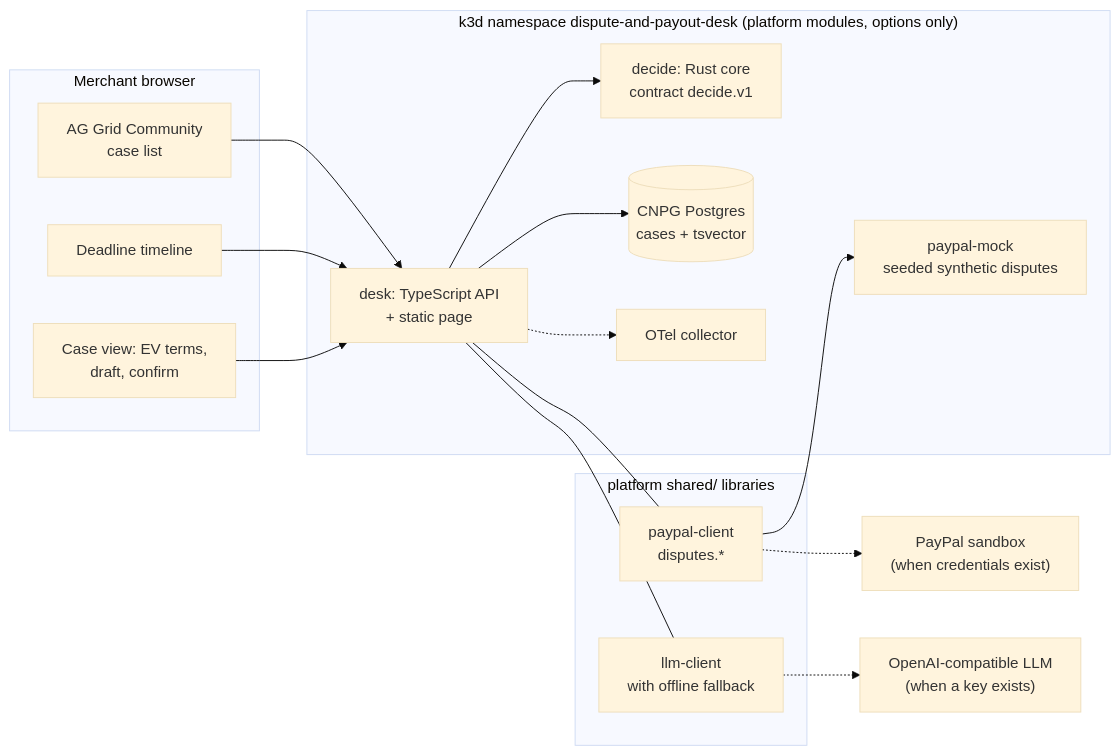
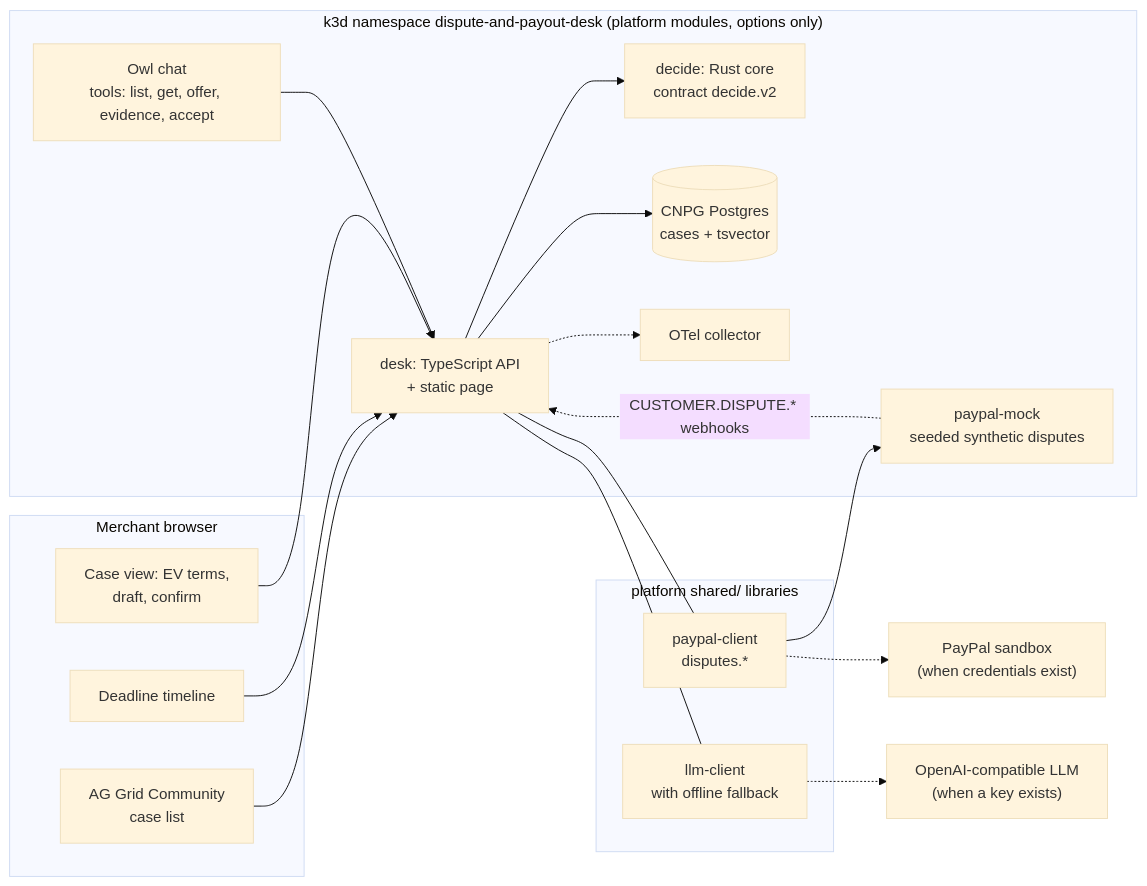
The first of 2 diagrams in README.md (Ikigai-Dynamics/paypal-2026-dispute-and-payout-desk), drawn with Mermaid (base theme) before and after one commit. The commit also changed other lines of this file and 7 other files, not shown here.

````diff
--- a/README.md
+++ b/README.md
@@ -53,32 +96,35 @@
 ```mermaid
 flowchart LR
   subgraph Browser["Merchant browser"]
     GRID["AG Grid Community<br/>case list"]
     TL["Deadline timeline"]
     CASE["Case view: EV terms,<br/>draft, confirm"]
   end
   subgraph NS["k3d namespace dispute-and-payout-desk (platform modules, options only)"]
     DESK["desk: TypeScript API<br/>+ static page"]
-    DEC["decide: Rust core<br/>contract decide.v1"]
+    DEC["decide: Rust core<br/>contract decide.v2"]
     PG[("CNPG Postgres<br/>cases + tsvector")]
     MOCK["paypal-mock<br/>seeded synthetic disputes"]
+    CHAT["Owl chat<br/>tools: list, get, offer, evidence, accept"]
     OTEL["OTel collector"]
   end
   subgraph Shared["platform shared/ libraries"]
     PPC["paypal-client<br/>disputes.*"]
     LLMC["llm-client<br/>with offline fallback"]
   end
   SBX["PayPal sandbox<br/>(when credentials exist)"]
   LLM["OpenAI-compatible LLM<br/>(when a key exists)"]
   GRID --> DESK
   TL --> DESK
   CASE --> DESK
   DESK --> DEC
+  CHAT --> DESK
+  MOCK -. "CUSTOMER.DISPUTE.* webhooks" .-> DESK
   DESK --> PG
   DESK --- PPC
   DESK --- LLMC
   PPC --> MOCK
   PPC -.-> SBX
   LLMC -.-> LLM
   DESK -.-> OTEL
 ```
````
